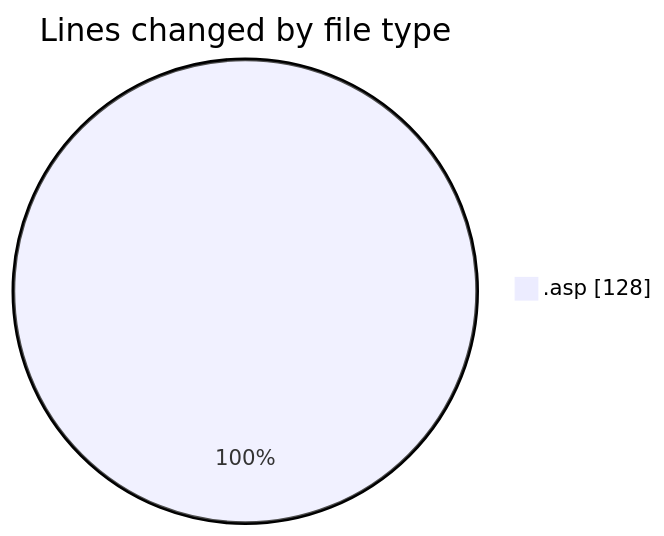
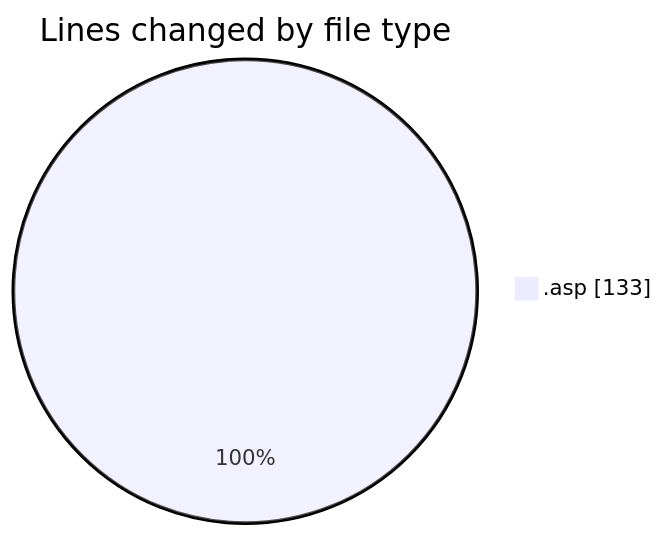
Before and after one commit to julien-gomy/code-tracking: the first of 2 diagrams in 2025-11-28/cdp_aleoudev_fr__workspace_/README.md, drawn with Mermaid. The commit also changed other lines of this file and 1 other file, not shown here.

````diff
--- a/2025-11-28/cdp_aleoudev_fr__workspace_/README.md
+++ b/2025-11-28/cdp_aleoudev_fr__workspace_/README.md
@@ -21,5 +21,5 @@
 ```mermaid
 pie showData
 title Lines changed by file type
-".asp" : 128
+".asp" : 133
 ```
````
